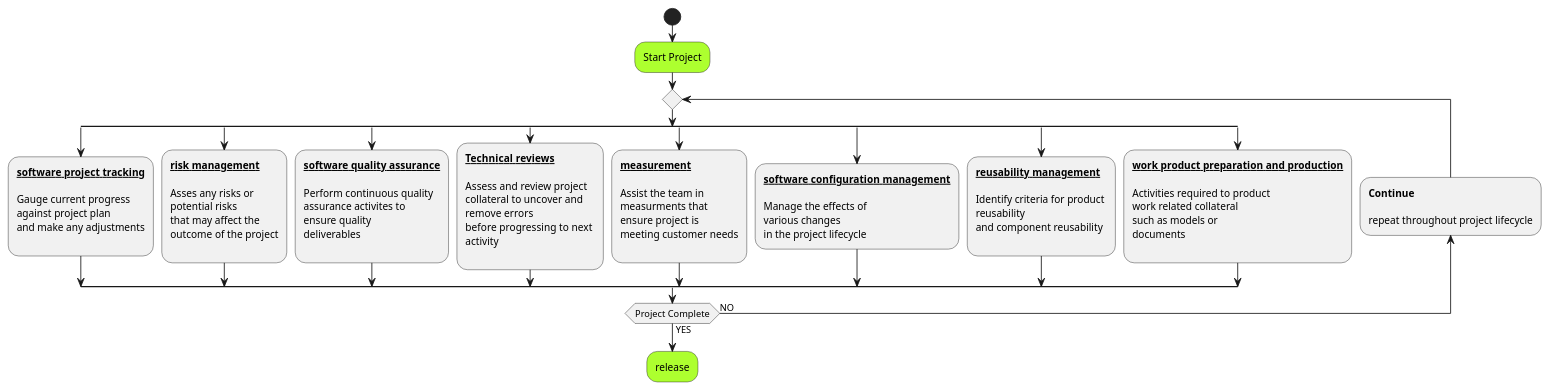
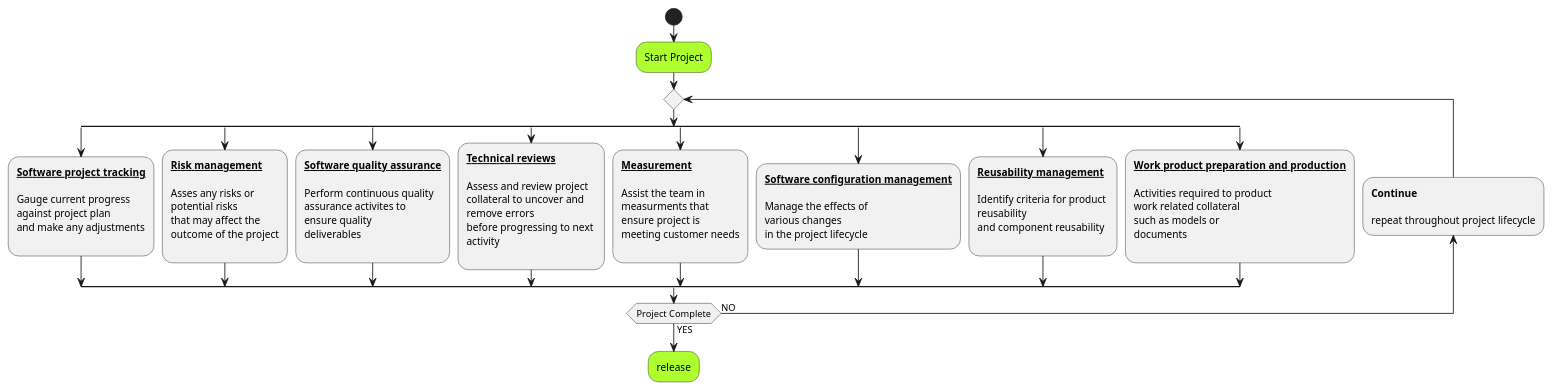
The diagram in M1/Umbrella.puml (KPZNet/CSC505), drawn with PlantUML before and after one commit.

```diff
--- a/M1/Umbrella.puml
+++ b/M1/Umbrella.puml
@@ -2,77 +2,77 @@
 @startuml UmbrellaActivities
 
 start
 
 #GreenYellow:Start Project;
 
 repeat
 
 split
-  :**__software project tracking__**
+  :**__Software project tracking__**
 
   Gauge current progress
   against project plan
   and make any adjustments
   ;
 split again
-  :**__risk management__**
+  :**__Risk management__**
 
   Asses any risks or
   potential risks
   that may affect the
   outcome of the project
   ;
 split again
-  :**__software quality assurance__**
+  :**__Software quality assurance__**
   
   Perform continuous quality
   assurance activites to 
   ensure quality 
   deliverables
   ;
 split again
   :**__Technical reviews__**
   
   Assess and review project 
   collateral to uncover and 
   remove errors 
   before progressing to next 
   activity 
   ;
 split again
-  :**__measurement__**
+  :**__Measurement__**
   
   Assist the team in 
   measurments that
   ensure project is 
   meeting customer needs
   ;
 split again
-  :**__software configuration management__**
+  :**__Software configuration management__**
 
   Manage the effects of 
   various changes
   in the project lifecycle;
 split again
-  :**__reusability management__**
+  :**__Reusability management__**
 
   Identify criteria for product 
   reusability 
   and component reusability
   ;
 split again
-  :**__work product preparation and production__**
+  :**__Work product preparation and production__**
 
   Activities required to product 
   work related collateral 
   such as models or 
   documents
   ;
 end split;
 backward :**Continue**\n\nrepeat throughout project lifecycle;
 
 repeatwhile (Project Complete) is (NO) not (YES)
 
 #GreenYellow:release;
 
 @enduml
```
